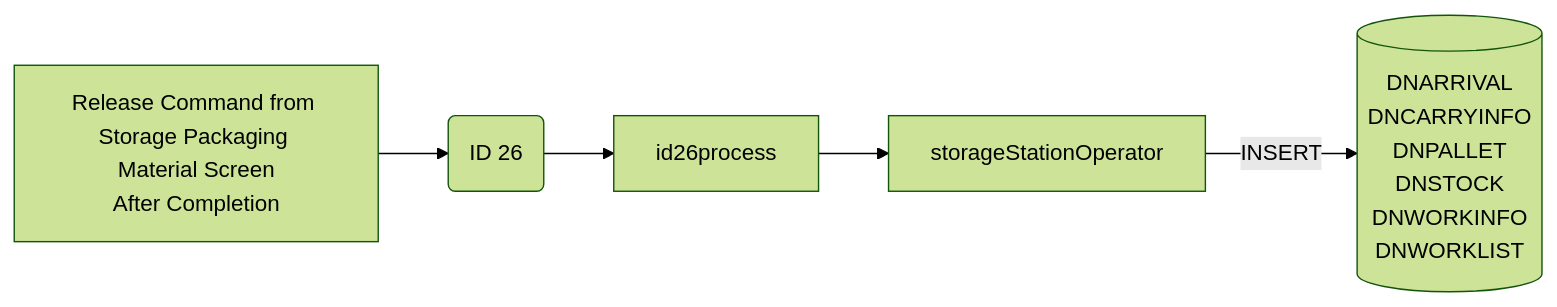
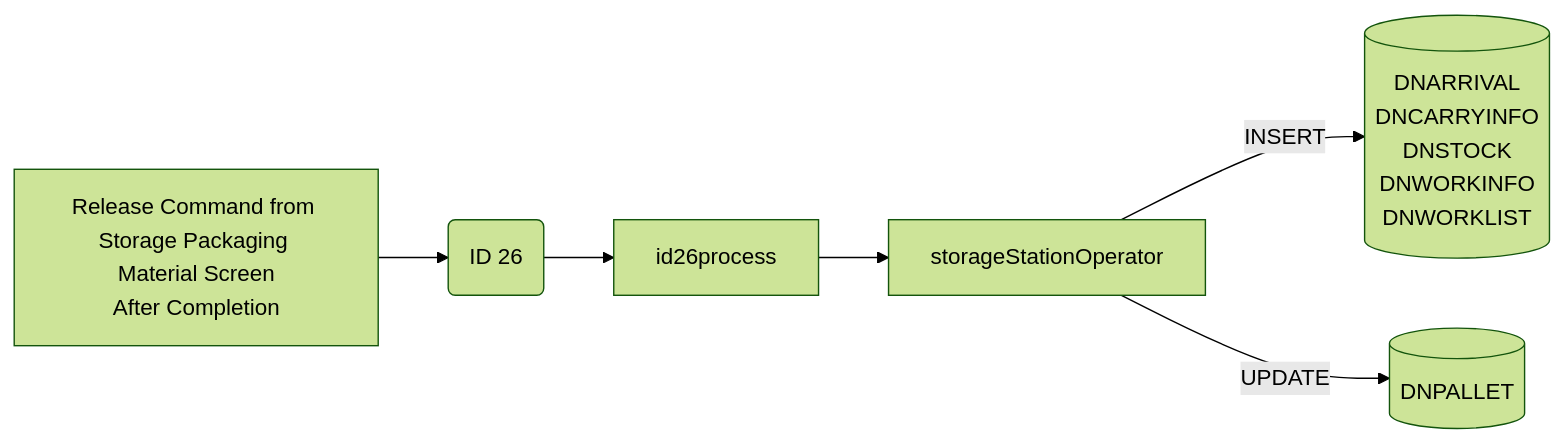
Before and after one commit to luthfiadityaa/SimeDarby-Wiki: the second of 10 diagrams in Basic-Design/DFD-WMS/Storage/Empty-Pallet-Storage-to-Ambient-Area.md, drawn with Mermaid (forest theme). The commit also changed other lines of this file, not shown here.

Commit message:
Updated Empty Pallet Storage to Ambient Area

```diff
--- a/Basic-Design/DFD-WMS/Storage/Empty-Pallet-Storage-to-Ambient-Area.md
+++ b/Basic-Design/DFD-WMS/Storage/Empty-Pallet-Storage-to-Ambient-Area.md
@@ -108,26 +108,30 @@
 ::: mermaid
 flowchart LR
 
 releaseCommand["
 Release Command from Storage Packaging Material Screen
 After Completion 
 "]
 
 id26msg("
 ID 26
 ")
 
+id26-update[("
+DNPALLET
+")]
+
 id26-insert[("
 DNARRIVAL
 DNCARRYINFO
-DNPALLET
 DNSTOCK
 DNWORKINFO
 DNWORKLIST
 ")]
 
 storageStationOperator[storageStationOperator]
 
 releaseCommand-->id26msg-->id26process-->storageStationOperator
 storageStationOperator--> |INSERT| id26-insert
+storageStationOperator--> |UPDATE| id26-update
 :::
```
